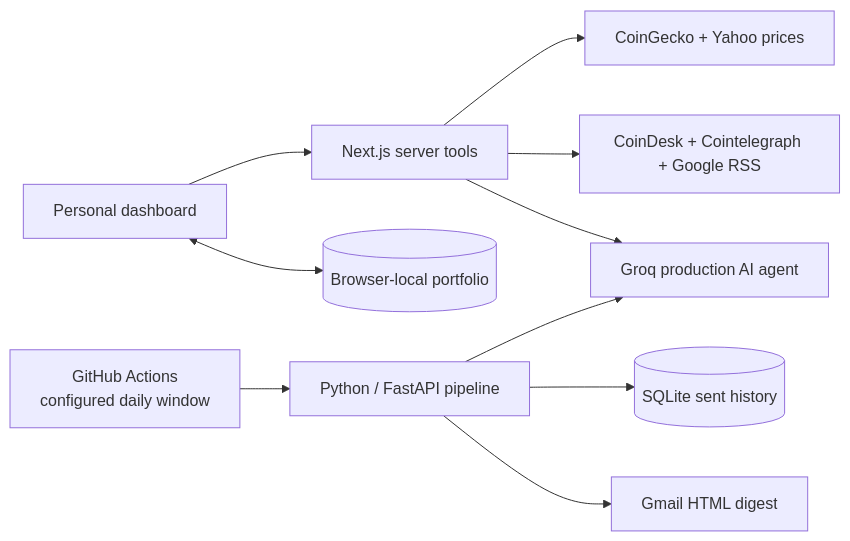
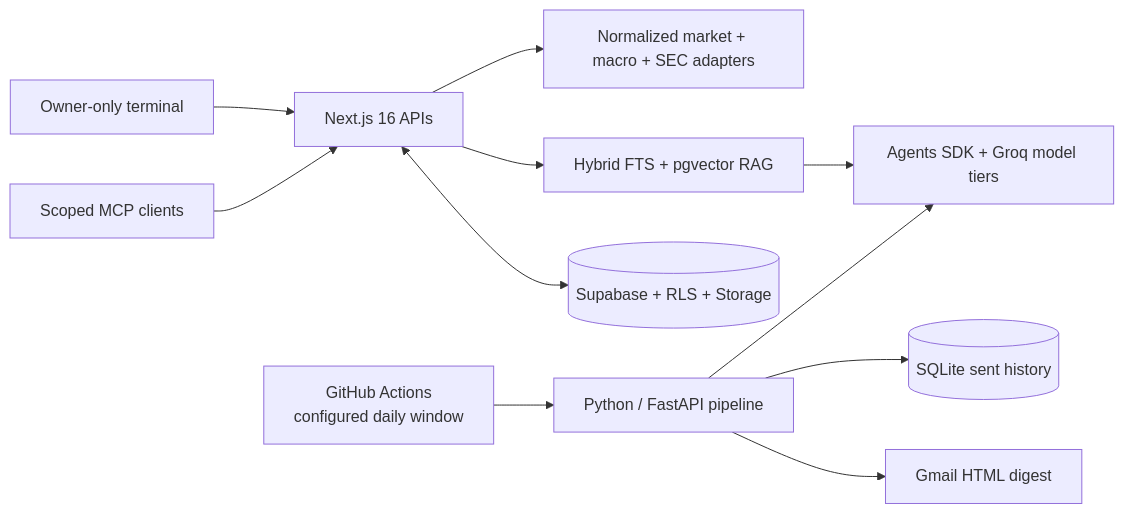
Before and after one commit to AaditHire/FinPulse: the diagram in README.md, drawn with Mermaid. The commit also changed other lines of this file and 78 other files, not shown here.

Commit message:
Build FinPulse production research terminal

````diff
--- a/README.md
+++ b/README.md
@@ -18,12 +18,13 @@
 ```mermaid
 flowchart LR
-    U[Personal dashboard] --> N[Next.js server tools]
-    N --> C[CoinGecko + Yahoo prices]
-    N --> R[CoinDesk + Cointelegraph + Google RSS]
-    N --> G[Groq production AI agent]
-    U <--> L[(Browser-local portfolio)]
+    U[Owner-only terminal] --> N[Next.js 16 APIs]
+    N --> C[Normalized market + macro + SEC adapters]
+    N --> R[Hybrid FTS + pgvector RAG]
+    R --> G[Agents SDK + Groq model tiers]
+    N <--> S[(Supabase + RLS + Storage)]
+    X[Scoped MCP clients] --> N
     A[GitHub Actions<br/>configured daily window] --> P[Python / FastAPI pipeline]
     P --> G
-    P --> S[(SQLite sent history)]
+    P --> H[(SQLite sent history)]
     P --> M[Gmail HTML digest]
 ```
````
